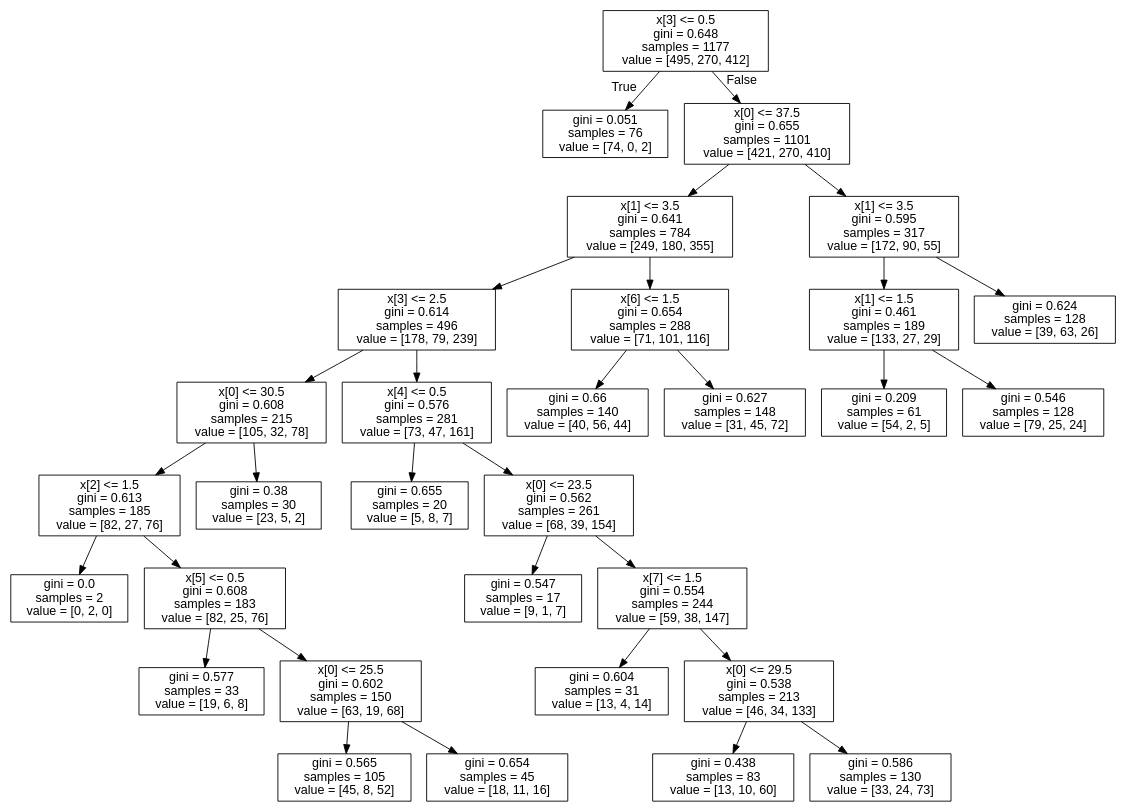
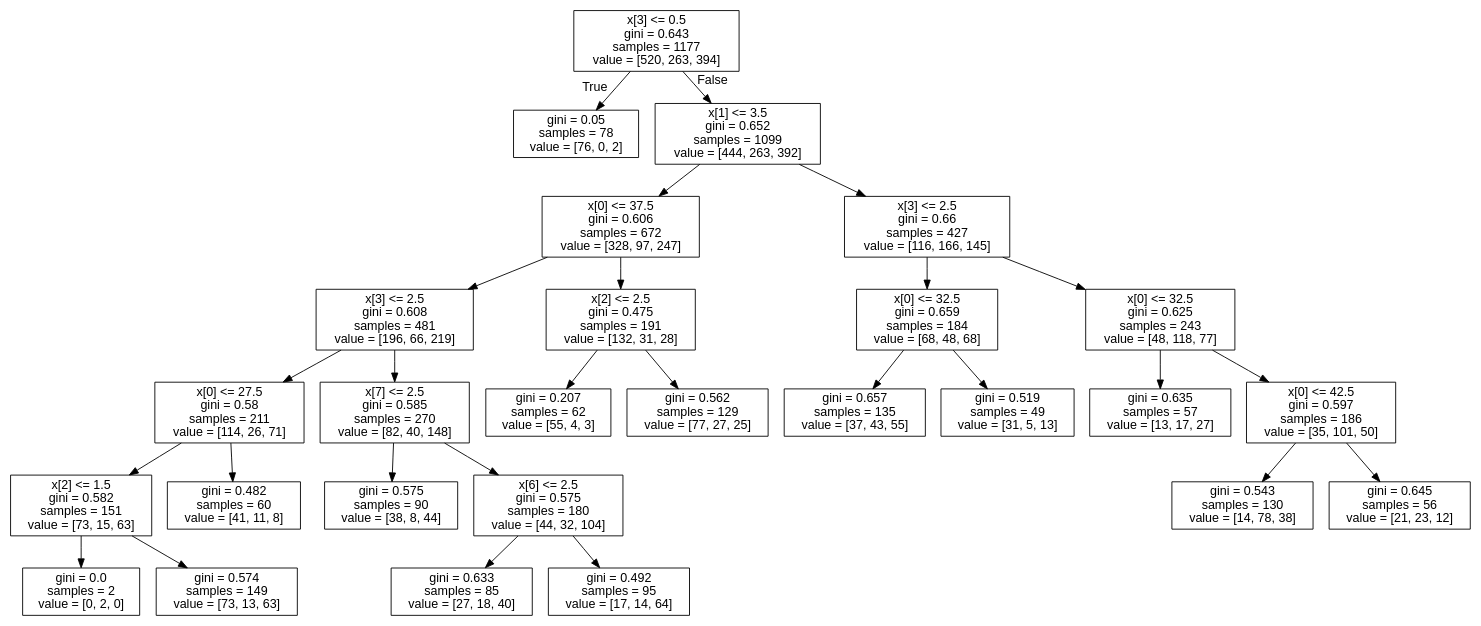
The diagram in 03-人工智慧/04-機器學習/01-傳統機器學習/02-分類/02-classifier/tree.dot (cccbook/py2cs), drawn with Graphviz before and after one commit. The commit also changed 29 other files, not shown here.

```diff
--- a/03-人工智慧/04-機器學習/01-傳統機器學習/02-分類/02-classifier/tree.dot
+++ b/03-人工智慧/04-機器學習/01-傳統機器學習/02-分類/02-classifier/tree.dot
@@ -1,65 +1,57 @@
 digraph Tree {
 node [shape=box, fontname="helvetica"] ;
 edge [fontname="helvetica"] ;
-0 [label="x[3] <= 0.5\ngini = 0.648\nsamples = 1177\nvalue = [495, 270, 412]"] ;
-1 [label="gini = 0.051\nsamples = 76\nvalue = [74, 0, 2]"] ;
+0 [label="x[3] <= 0.5\ngini = 0.643\nsamples = 1177\nvalue = [520, 263, 394]"] ;
+1 [label="gini = 0.05\nsamples = 78\nvalue = [76, 0, 2]"] ;
 0 -> 1 [labeldistance=2.5, labelangle=45, headlabel="True"] ;
-2 [label="x[0] <= 37.5\ngini = 0.655\nsamples = 1101\nvalue = [421, 270, 410]"] ;
+2 [label="x[1] <= 3.5\ngini = 0.652\nsamples = 1099\nvalue = [444, 263, 392]"] ;
 0 -> 2 [labeldistance=2.5, labelangle=-45, headlabel="False"] ;
-3 [label="x[1] <= 3.5\ngini = 0.641\nsamples = 784\nvalue = [249, 180, 355]"] ;
+3 [label="x[0] <= 37.5\ngini = 0.606\nsamples = 672\nvalue = [328, 97, 247]"] ;
 2 -> 3 ;
-4 [label="x[3] <= 2.5\ngini = 0.614\nsamples = 496\nvalue = [178, 79, 239]"] ;
+4 [label="x[3] <= 2.5\ngini = 0.608\nsamples = 481\nvalue = [196, 66, 219]"] ;
 3 -> 4 ;
-5 [label="x[0] <= 30.5\ngini = 0.608\nsamples = 215\nvalue = [105, 32, 78]"] ;
+5 [label="x[0] <= 27.5\ngini = 0.58\nsamples = 211\nvalue = [114, 26, 71]"] ;
 4 -> 5 ;
-6 [label="x[2] <= 1.5\ngini = 0.613\nsamples = 185\nvalue = [82, 27, 76]"] ;
+6 [label="x[2] <= 1.5\ngini = 0.582\nsamples = 151\nvalue = [73, 15, 63]"] ;
 5 -> 6 ;
 7 [label="gini = 0.0\nsamples = 2\nvalue = [0, 2, 0]"] ;
 6 -> 7 ;
-8 [label="x[5] <= 0.5\ngini = 0.608\nsamples = 183\nvalue = [82, 25, 76]"] ;
+8 [label="gini = 0.574\nsamples = 149\nvalue = [73, 13, 63]"] ;
 6 -> 8 ;
-9 [label="gini = 0.577\nsamples = 33\nvalue = [19, 6, 8]"] ;
-8 -> 9 ;
-10 [label="x[0] <= 25.5\ngini = 0.602\nsamples = 150\nvalue = [63, 19, 68]"] ;
-8 -> 10 ;
-11 [label="gini = 0.565\nsamples = 105\nvalue = [45, 8, 52]"] ;
+9 [label="gini = 0.482\nsamples = 60\nvalue = [41, 11, 8]"] ;
+5 -> 9 ;
+10 [label="x[7] <= 2.5\ngini = 0.585\nsamples = 270\nvalue = [82, 40, 148]"] ;
+4 -> 10 ;
+11 [label="gini = 0.575\nsamples = 90\nvalue = [38, 8, 44]"] ;
 10 -> 11 ;
-12 [label="gini = 0.654\nsamples = 45\nvalue = [18, 11, 16]"] ;
+12 [label="x[6] <= 2.5\ngini = 0.575\nsamples = 180\nvalue = [44, 32, 104]"] ;
 10 -> 12 ;
-13 [label="gini = 0.38\nsamples = 30\nvalue = [23, 5, 2]"] ;
-5 -> 13 ;
-14 [label="x[4] <= 0.5\ngini = 0.576\nsamples = 281\nvalue = [73, 47, 161]"] ;
-4 -> 14 ;
-15 [label="gini = 0.655\nsamples = 20\nvalue = [5, 8, 7]"] ;
-14 -> 15 ;
-16 [label="x[0] <= 23.5\ngini = 0.562\nsamples = 261\nvalue = [68, 39, 154]"] ;
-14 -> 16 ;
-17 [label="gini = 0.547\nsamples = 17\nvalue = [9, 1, 7]"] ;
-16 -> 17 ;
-18 [label="x[7] <= 1.5\ngini = 0.554\nsamples = 244\nvalue = [59, 38, 147]"] ;
-16 -> 18 ;
-19 [label="gini = 0.604\nsamples = 31\nvalue = [13, 4, 14]"] ;
+13 [label="gini = 0.633\nsamples = 85\nvalue = [27, 18, 40]"] ;
+12 -> 13 ;
+14 [label="gini = 0.492\nsamples = 95\nvalue = [17, 14, 64]"] ;
+12 -> 14 ;
+15 [label="x[2] <= 2.5\ngini = 0.475\nsamples = 191\nvalue = [132, 31, 28]"] ;
+3 -> 15 ;
+16 [label="gini = 0.207\nsamples = 62\nvalue = [55, 4, 3]"] ;
+15 -> 16 ;
+17 [label="gini = 0.562\nsamples = 129\nvalue = [77, 27, 25]"] ;
+15 -> 17 ;
+18 [label="x[3] <= 2.5\ngini = 0.66\nsamples = 427\nvalue = [116, 166, 145]"] ;
+2 -> 18 ;
+19 [label="x[0] <= 32.5\ngini = 0.659\nsamples = 184\nvalue = [68, 48, 68]"] ;
 18 -> 19 ;
-20 [label="x[0] <= 29.5\ngini = 0.538\nsamples = 213\nvalue = [46, 34, 133]"] ;
-18 -> 20 ;
-21 [label="gini = 0.438\nsamples = 83\nvalue = [13, 10, 60]"] ;
-20 -> 21 ;
-22 [label="gini = 0.586\nsamples = 130\nvalue = [33, 24, 73]"] ;
-20 -> 22 ;
-23 [label="x[6] <= 1.5\ngini = 0.654\nsamples = 288\nvalue = [71, 101, 116]"] ;
-3 -> 23 ;
-24 [label="gini = 0.66\nsamples = 140\nvalue = [40, 56, 44]"] ;
-23 -> 24 ;
-25 [label="gini = 0.627\nsamples = 148\nvalue = [31, 45, 72]"] ;
-23 -> 25 ;
-26 [label="x[1] <= 3.5\ngini = 0.595\nsamples = 317\nvalue = [172, 90, 55]"] ;
-2 -> 26 ;
-27 [label="x[1] <= 1.5\ngini = 0.461\nsamples = 189\nvalue = [133, 27, 29]"] ;
-26 -> 27 ;
-28 [label="gini = 0.209\nsamples = 61\nvalue = [54, 2, 5]"] ;
-27 -> 28 ;
-29 [label="gini = 0.546\nsamples = 128\nvalue = [79, 25, 24]"] ;
-27 -> 29 ;
-30 [label="gini = 0.624\nsamples = 128\nvalue = [39, 63, 26]"] ;
-26 -> 30 ;
+20 [label="gini = 0.657\nsamples = 135\nvalue = [37, 43, 55]"] ;
+19 -> 20 ;
+21 [label="gini = 0.519\nsamples = 49\nvalue = [31, 5, 13]"] ;
+19 -> 21 ;
+22 [label="x[0] <= 32.5\ngini = 0.625\nsamples = 243\nvalue = [48, 118, 77]"] ;
+18 -> 22 ;
+23 [label="gini = 0.635\nsamples = 57\nvalue = [13, 17, 27]"] ;
+22 -> 23 ;
+24 [label="x[0] <= 42.5\ngini = 0.597\nsamples = 186\nvalue = [35, 101, 50]"] ;
+22 -> 24 ;
+25 [label="gini = 0.543\nsamples = 130\nvalue = [14, 78, 38]"] ;
+24 -> 25 ;
+26 [label="gini = 0.645\nsamples = 56\nvalue = [21, 23, 12]"] ;
+24 -> 26 ;
 }
```
